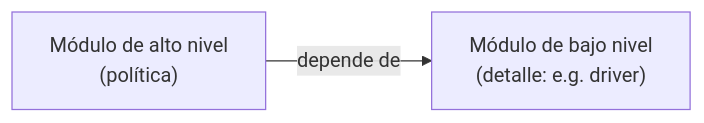
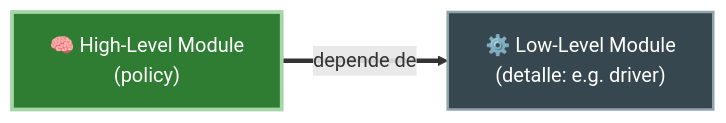
The first of 4 diagrams in 02-paradigmas-de-programacion/02-programacion-orientada-a-objetos.md (JavierMachucaA/clean-architecture-guia), drawn with Mermaid before and after one commit. The commit also changed other lines of this file and 45 other files, not shown here.

````diff
--- a/02-paradigmas-de-programacion/02-programacion-orientada-a-objetos.md
+++ b/02-paradigmas-de-programacion/02-programacion-orientada-a-objetos.md
@@ -27,4 +27,7 @@
 ```mermaid
 flowchart LR
-    HL["Módulo de alto nivel<br/>(política)"] -->|depende de| LL["Módulo de bajo nivel<br/>(detalle: e.g. driver)"]
+    HL["🧠 High-Level Module<br/>(policy)"] ==>|depende de| LL["⚙️ Low-Level Module<br/>(detalle: e.g. driver)"]
+
+    style HL fill:#2e7d32,stroke:#a5d6a7,color:#fff,stroke-width:3px
+    style LL fill:#37474f,stroke:#90a4ae,color:#fff,stroke-width:2px
 ```
````
